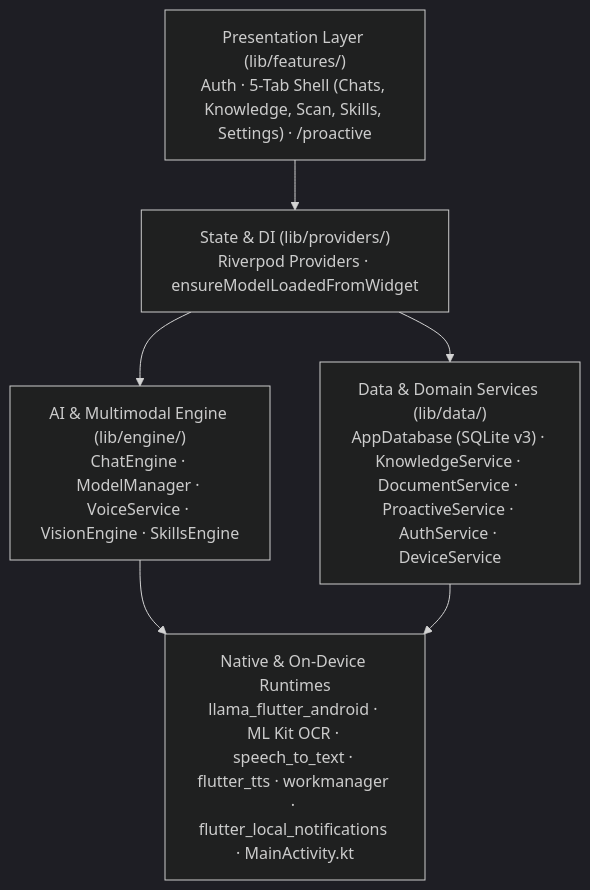
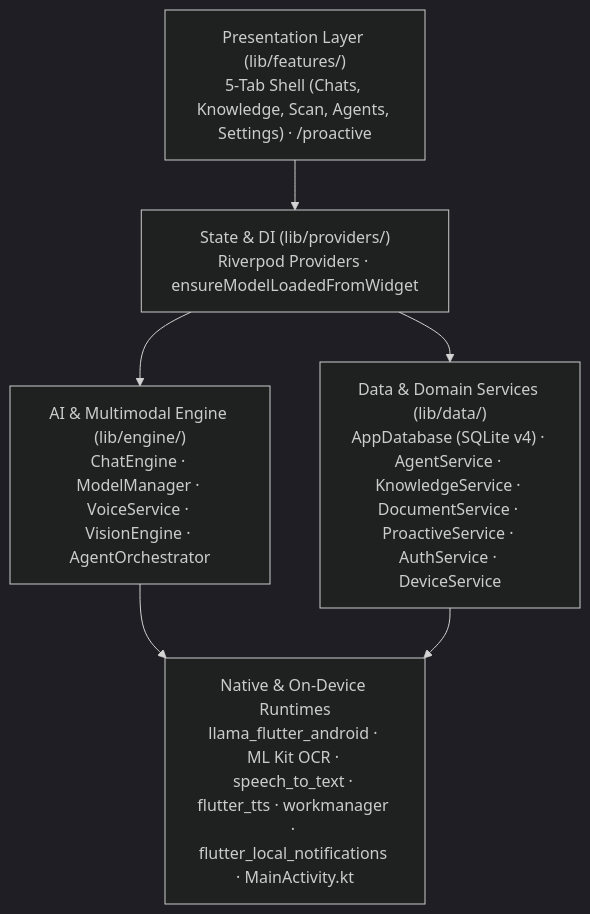
Before and after one commit to sambeetdas/edge-app-v2: the first of 2 diagrams in doc/architecture.md, drawn with Mermaid (dark theme). The commit also changed other lines of this file and 21 other files, not shown here.

Commit message:
feat: replace Skills with unified Agents, A2A handoffs, DB v4, and general OCR

````diff
--- a/doc/architecture.md
+++ b/doc/architecture.md
@@ -5,14 +5,14 @@
 ```mermaid
 flowchart TB
-    UI["Presentation Layer (lib/features/)<br/>Auth · 5-Tab Shell (Chats, Knowledge, Scan, Skills, Settings) · /proactive"]
+    UI["Presentation Layer (lib/features/)<br/>5-Tab Shell (Chats, Knowledge, Scan, Agents, Settings) · /proactive"]
     PROV["State & DI (lib/providers/)<br/>Riverpod Providers · ensureModelLoadedFromWidget"]
-    ENG["AI & Multimodal Engine (lib/engine/)<br/>ChatEngine · ModelManager · VoiceService · VisionEngine · SkillsEngine"]
-    DATA["Data & Domain Services (lib/data/)<br/>AppDatabase (SQLite v3) · KnowledgeService · DocumentService · ProactiveService · AuthService · DeviceService"]
+    ENG["AI & Multimodal Engine (lib/engine/)<br/>ChatEngine · ModelManager · VoiceService · VisionEngine · AgentOrchestrator"]
+    DATA["Data & Domain Services (lib/data/)<br/>AppDatabase (SQLite v4) · AgentService · KnowledgeService · DocumentService · ProactiveService · AuthService · DeviceService"]
     NAT["Native & On-Device Runtimes<br/>llama_flutter_android · ML Kit OCR · speech_to_text · flutter_tts · workmanager · flutter_local_notifications · MainActivity.kt"]
 
     UI --> PROV
     PROV --> ENG
     PROV --> DATA
     ENG --> NAT
     DATA --> NAT
 ```
````
